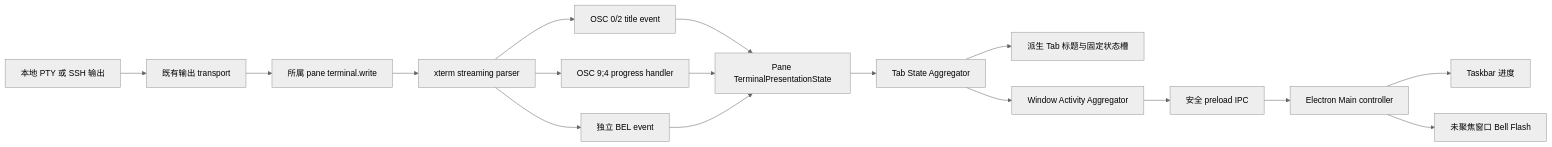
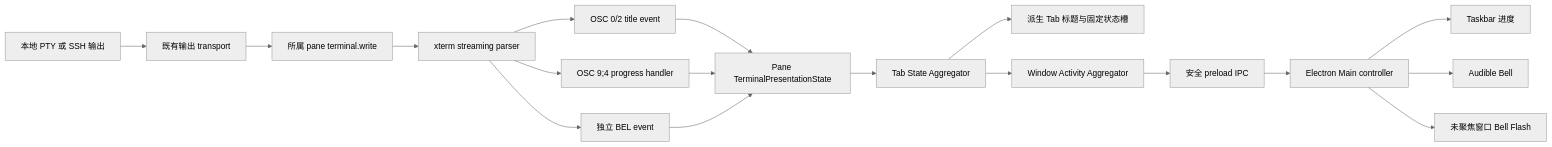
One commit to agoudbg/Cosmosh changed the third of 4 diagrams in docs/zh-CN/developer/runtime/ssh-terminal.md. Above: the diagram before and after it, drawn with Mermaid (neutral theme). The commit also changed other lines of this file and 27 other files, not shown here.

````diff
--- a/docs/zh-CN/developer/runtime/ssh-terminal.md
+++ b/docs/zh-CN/developer/runtime/ssh-terminal.md
@@ -222,19 +223,20 @@
 ```mermaid
 flowchart LR
   PTY[本地 PTY 或 SSH 输出] --> WS[既有输出 transport]
   WS --> WRITE[所属 pane terminal.write]
   WRITE --> XP[xterm streaming parser]
   XP --> TITLE[OSC 0/2 title event]
   XP --> PROGRESS[OSC 9;4 progress handler]
   XP --> BELL[独立 BEL event]
   TITLE --> STATE[Pane TerminalPresentationState]
   PROGRESS --> STATE
   BELL --> STATE
   STATE --> TAB[Tab State Aggregator]
   TAB --> CHROME[派生 Tab 标题与固定状态槽]
   TAB --> WINDOW[Window Activity Aggregator]
   WINDOW --> PRELOAD[安全 preload IPC]
   PRELOAD --> MAIN[Electron Main controller]
   MAIN --> TASKBAR[Taskbar 进度]
+  MAIN --> SOUND[Audible Bell]
   MAIN --> FLASH[未聚焦窗口 Bell Flash]
 ```
````
